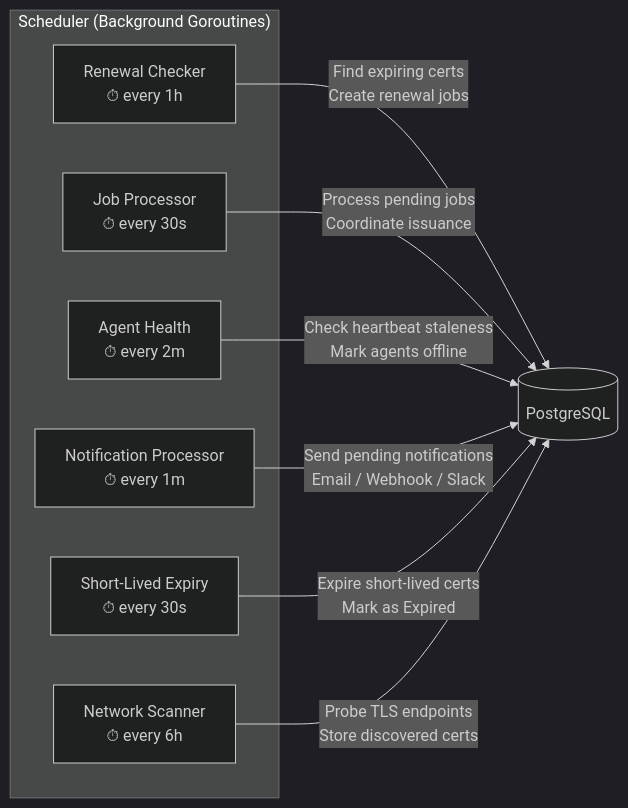
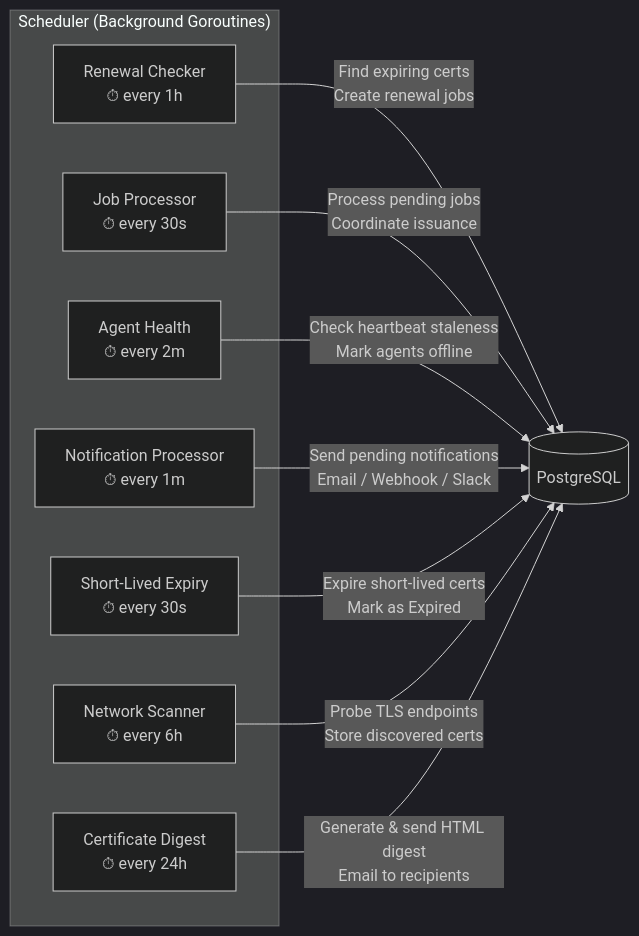
One commit to certctl-io/certctl changed the seventh of 14 diagrams in docs/architecture.md. Above: the diagram before and after it, drawn with Mermaid (dark theme). The commit also changed other lines of this file and 60 other files, not shown here.

First line of the commit message:
feat(m28+m29+m30): ACME ARI, email digest, and Helm chart

````diff
--- a/docs/architecture.md
+++ b/docs/architecture.md
@@ -455,18 +455,20 @@
 ```mermaid
 flowchart LR
     subgraph "Scheduler (Background Goroutines)"
         R["Renewal Checker\n⏱ every 1h"]
         J["Job Processor\n⏱ every 30s"]
         H["Agent Health\n⏱ every 2m"]
         N["Notification Processor\n⏱ every 1m"]
         SL["Short-Lived Expiry\n⏱ every 30s"]
         NS["Network Scanner\n⏱ every 6h"]
+        DG["Certificate Digest\n⏱ every 24h"]
     end
 
     R -->|"Find expiring certs\nCreate renewal jobs"| DB[("PostgreSQL")]
     J -->|"Process pending jobs\nCoordinate issuance"| DB
     H -->|"Check heartbeat staleness\nMark agents offline"| DB
     N -->|"Send pending notifications\nEmail / Webhook / Slack"| DB
     SL -->|"Expire short-lived certs\nMark as Expired"| DB
     NS -->|"Probe TLS endpoints\nStore discovered certs"| DB
+    DG -->|"Generate & send HTML digest\nEmail to recipients"| DB
 ```
````
